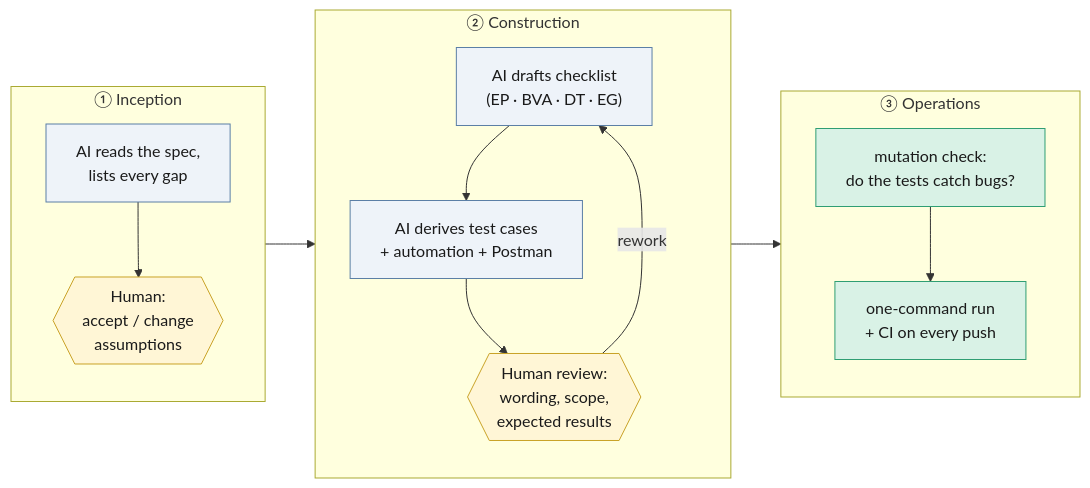
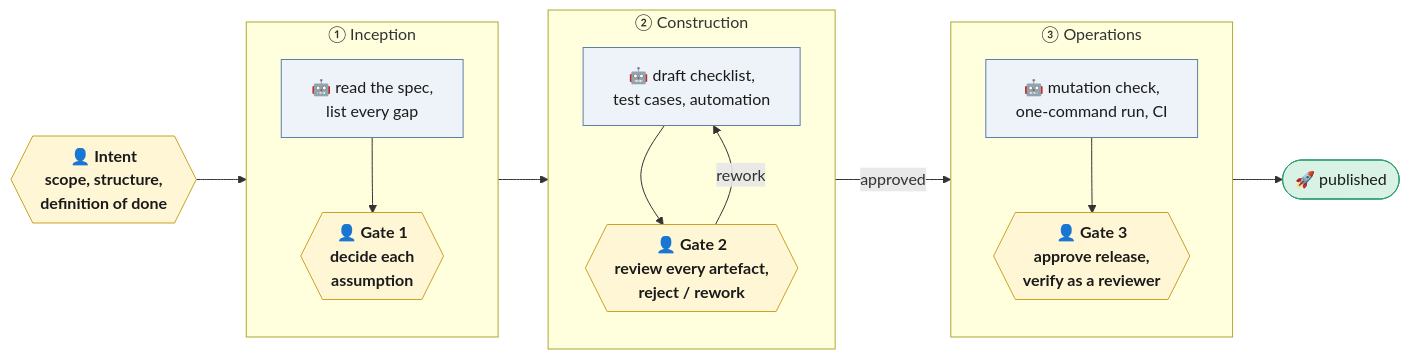
The second of 2 diagrams in README.md (DmitryDerkach/devxed_test_task), drawn with Mermaid before and after one commit. The commit also changed other lines of this file and 5 other files, not shown here.

First line of the commit message:
Neutral packaging names in the Task 1 checklist, expand the human role in AI-DLC

````diff
--- a/README.md
+++ b/README.md
@@ -147,25 +147,27 @@
 ```mermaid
 flowchart LR
+    H0{{"👤 Intent<br/>scope, structure,<br/>definition of done"}} --> A1
     subgraph I["① Inception"]
         direction TB
-        I1["AI reads the spec,<br/>lists every gap"] --> I2{{"Human:<br/>accept / change<br/>assumptions"}}
+        A1["🤖 read the spec,<br/>list every gap"] --> H1{{"👤 Gate 1<br/>decide each<br/>assumption"}}
     end
     subgraph C["② Construction"]
         direction TB
-        C1["AI drafts checklist<br/>(EP · BVA · DT · EG)"] --> C2["AI derives test cases<br/>+ automation + Postman"]
-        C2 --> C3{{"Human review:<br/>wording, scope,<br/>expected results"}}
-        C3 -- "rework" --> C1
+        A2["🤖 draft checklist,<br/>test cases, automation"] --> H2{{"👤 Gate 2<br/>review every artefact,<br/>reject / rework"}}
+        H2 -- "rework" --> A2
     end
     subgraph O["③ Operations"]
         direction TB
-        O1["mutation check:<br/>do the tests catch bugs?"] --> O2["one-command run<br/>+ CI on every push"]
+        A3["🤖 mutation check,<br/>one-command run, CI"] --> H3{{"👤 Gate 3<br/>approve release,<br/>verify as a reviewer"}}
     end
-    I --> C --> O
+    H1 --> A2
+    H2 -- "approved" --> A3
+    H3 --> P(["🚀 published"])
 
     classDef ai fill:#eef3f9,stroke:#5b7fa6,color:#1a1a1a
-    classDef human fill:#fff6d6,stroke:#c9a227,color:#1a1a1a
-    classDef ops fill:#d9f2e6,stroke:#2f9e73,color:#1a1a1a
-    class I1,C1,C2 ai
-    class I2,C3 human
-    class O1,O2 ops
+    classDef human fill:#fff6d6,stroke:#c9a227,color:#1a1a1a,font-weight:bold
+    classDef done fill:#d9f2e6,stroke:#2f9e73,color:#1a1a1a
+    class A1,A2,A3 ai
+    class H0,H1,H2,H3 human
+    class P done
 ```
````
